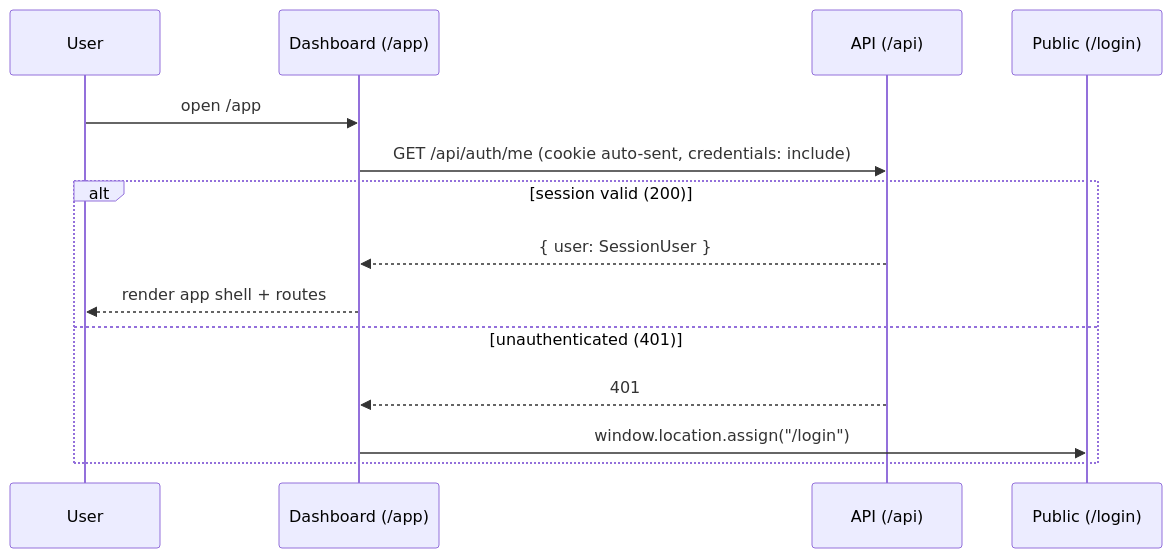
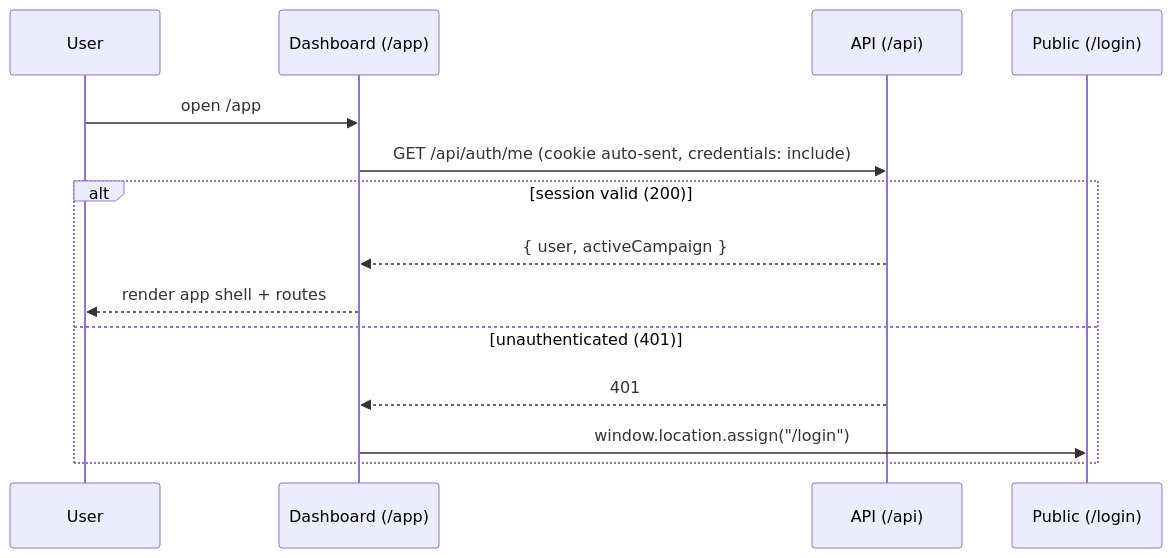
The diagram in apps/dashboard/docs/auth-guard.md (jeremyphillips/rpg-world-builder-app), drawn with Mermaid before and after one commit. The commit also changed other lines of this file and 20 other files, not shown here.

````diff
--- a/apps/dashboard/docs/auth-guard.md
+++ b/apps/dashboard/docs/auth-guard.md
@@ -9,17 +9,17 @@
 ```mermaid
 sequenceDiagram
   participant U as User
   participant D as Dashboard (/app)
   participant A as API (/api)
   participant P as Public (/login)
 
   U->>D: open /app
   D->>A: GET /api/auth/me (cookie auto-sent, credentials: include)
   alt session valid (200)
-    A-->>D: { user: SessionUser }
+    A-->>D: { user, activeCampaign }
     D-->>U: render app shell + routes
   else unauthenticated (401)
     A-->>D: 401
     D->>P: window.location.assign("/login")
   end
 ```
````
